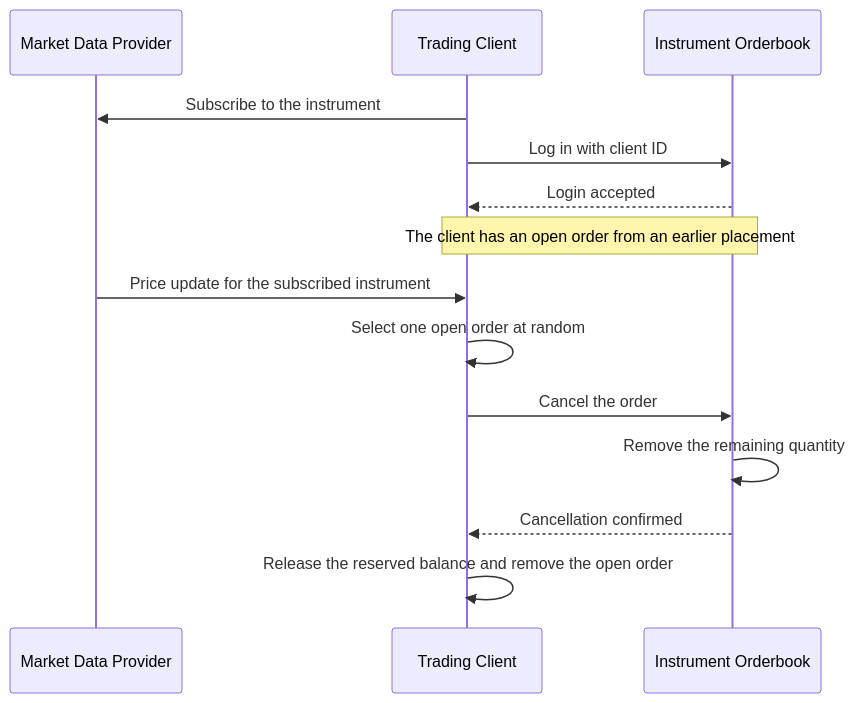
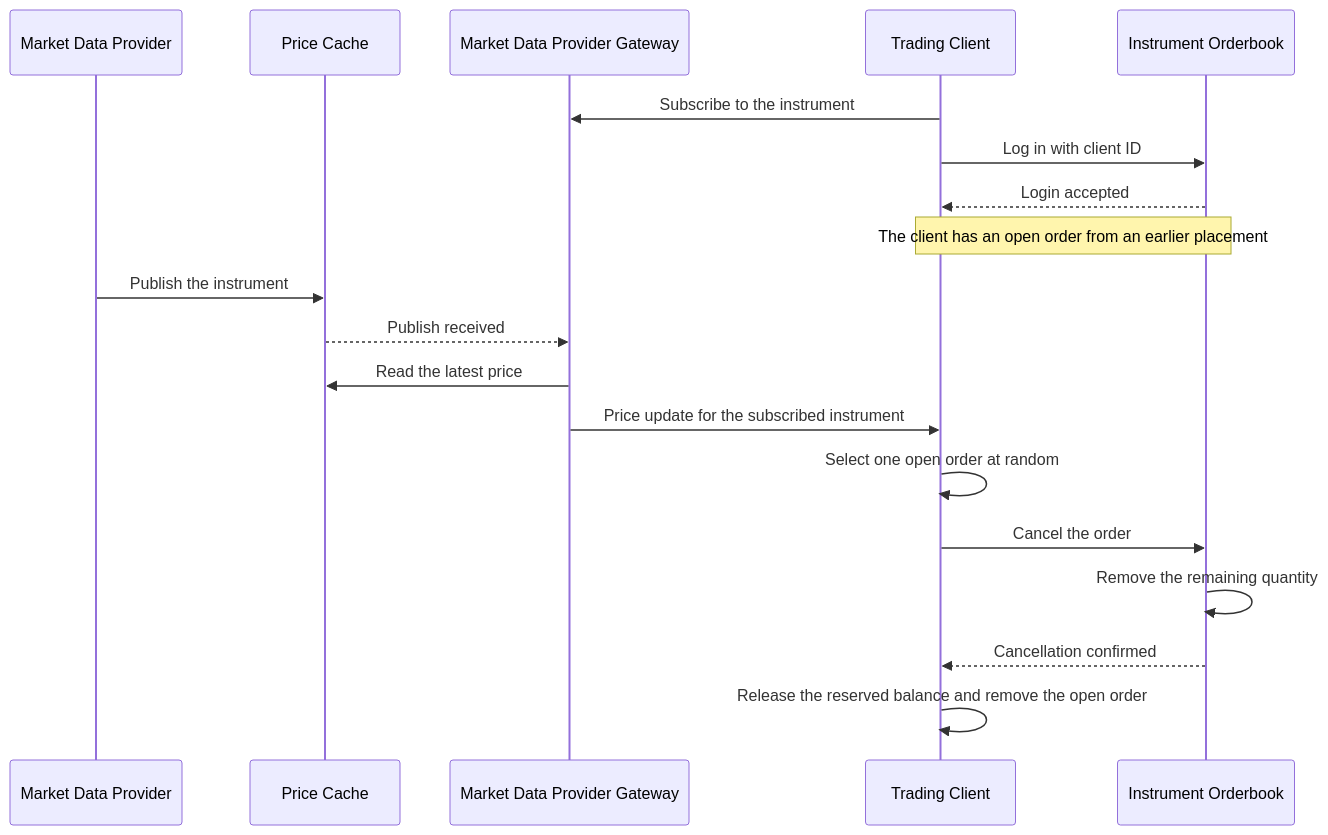
One commit to Braqzen/orderbook-trading changed the second of 3 diagrams in docs/sequence.md. Above: the diagram before and after it, drawn with Mermaid. The commit also changed other lines of this file and 29 other files, not shown here.

First line of the commit message:
Split the provider into a price receiver, valkey cache and gateway

````diff
--- a/docs/sequence.md
+++ b/docs/sequence.md
@@ -38,17 +44,22 @@
 ```mermaid
 sequenceDiagram
     participant MarketData as Market Data Provider
+    participant Cache as Price Cache
+    participant Gateway as Market Data Provider Gateway
     participant Client as Trading Client
     participant Orderbook as Instrument Orderbook
 
-    Client->>MarketData: Subscribe to the instrument
+    Client->>Gateway: Subscribe to the instrument
     Client->>Orderbook: Log in with client ID
     Orderbook-->>Client: Login accepted
     Note over Client,Orderbook: The client has an open order from an earlier placement
-    MarketData->>Client: Price update for the subscribed instrument
+    MarketData->>Cache: Publish the instrument
+    Cache-->>Gateway: Publish received
+    Gateway->>Cache: Read the latest price
+    Gateway->>Client: Price update for the subscribed instrument
     Client->>Client: Select one open order at random
     Client->>Orderbook: Cancel the order
     Orderbook->>Orderbook: Remove the remaining quantity
     Orderbook-->>Client: Cancellation confirmed
     Client->>Client: Release the reserved balance and remove the open order
 ```
````
